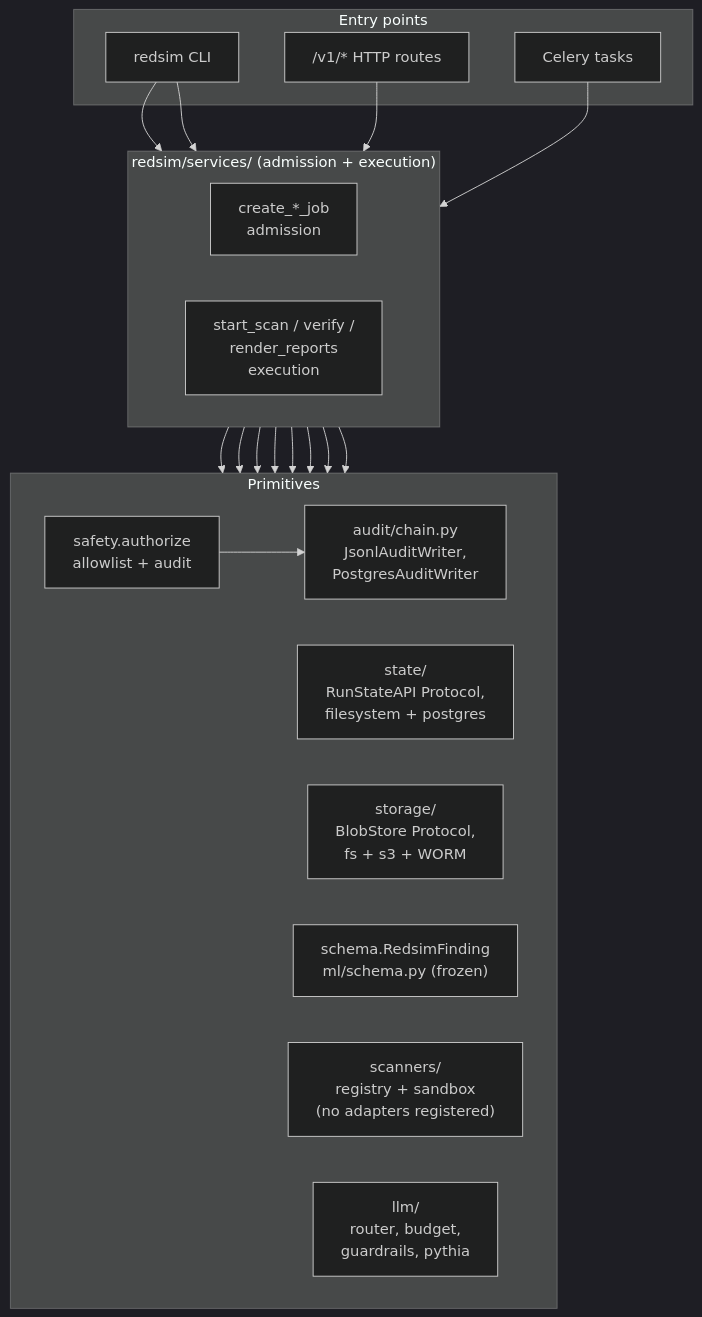
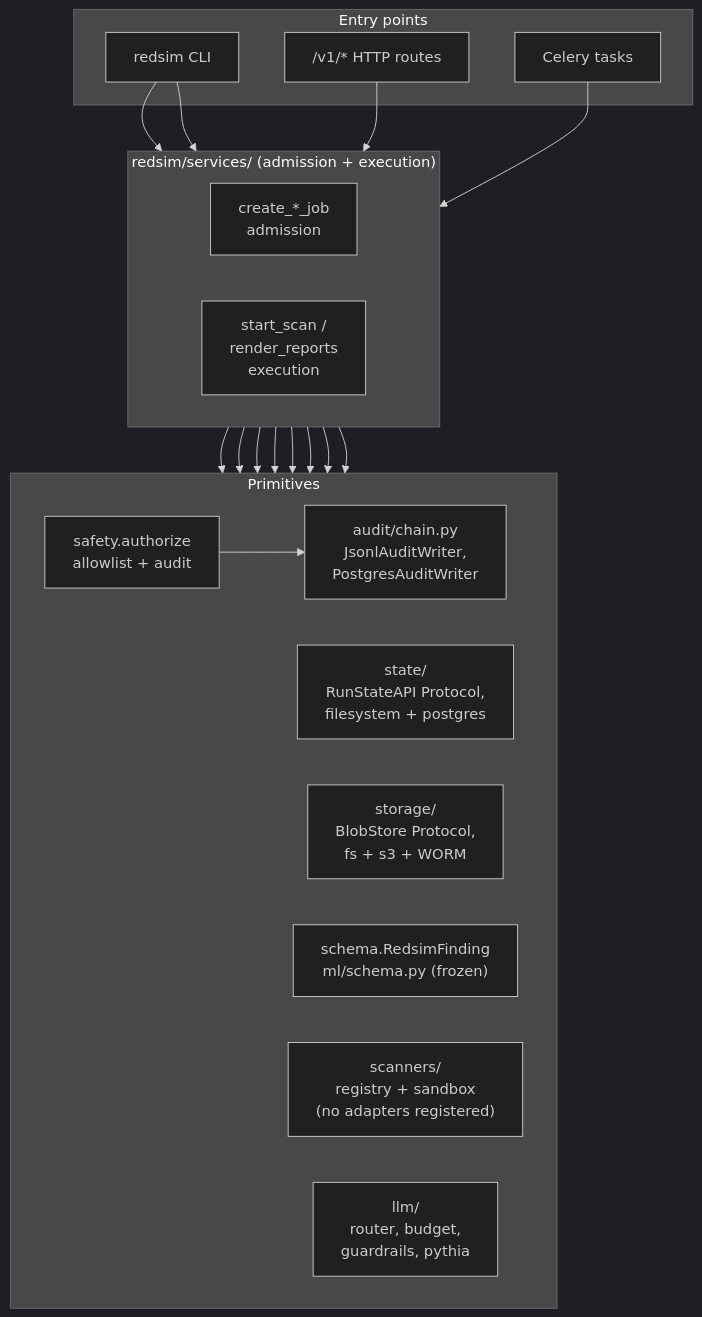
Before and after one commit to IntelliBridge/ndia-red-team-simulator: the fifth of 5 diagrams in docs/architecture/overview.md, drawn with Mermaid (dark theme). The commit also changed other lines of this file and 220 other files, not shown here.

````diff
--- a/docs/architecture/overview.md
+++ b/docs/architecture/overview.md
@@ -348,39 +344,39 @@
 ```mermaid
 flowchart TB
   subgraph Entry["Entry points"]
     cli["redsim CLI"]
     api["/v1/* HTTP routes"]
     worker["Celery tasks"]
   end
 
   subgraph Services["redsim/services/ (admission + execution)"]
     direction LR
     create["create_*_job<br/>admission"]
-    execute["start_scan / verify /<br/>render_reports<br/>execution"]
+    execute["start_scan /<br/>render_reports<br/>execution"]
   end
 
   subgraph Primitives["Primitives"]
     direction LR
     safety["safety.authorize<br/>allowlist + audit"]
     chain["audit/chain.py<br/>JsonlAuditWriter,<br/>PostgresAuditWriter"]
     state["state/<br/>RunStateAPI Protocol,<br/>filesystem + postgres"]
     storage["storage/<br/>BlobStore Protocol,<br/>fs + s3 + WORM"]
     schema["schema.RedsimFinding<br/>ml/schema.py (frozen)"]
     scanners["scanners/<br/>registry + sandbox<br/>(no adapters registered)"]
     llm["llm/<br/>router, budget,<br/>guardrails, pythia"]
   end
 
   cli --> create
   cli --> execute
   api --> create
   worker --> execute
   create --> safety
   execute --> safety
   safety --> chain
   create --> state
   execute --> state
   execute --> storage
   execute --> schema
   execute --> scanners
   execute --> llm
 ```
````
